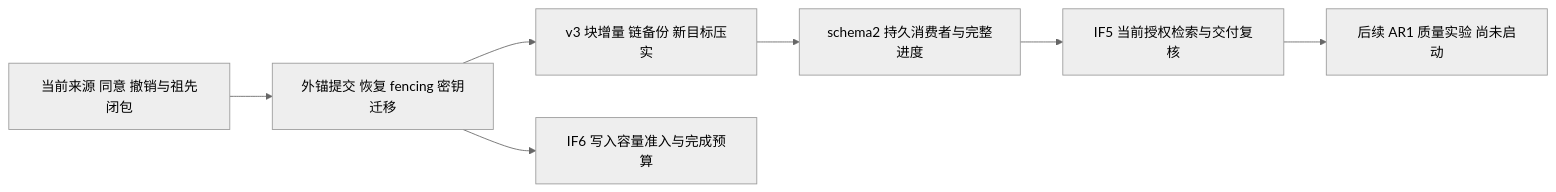
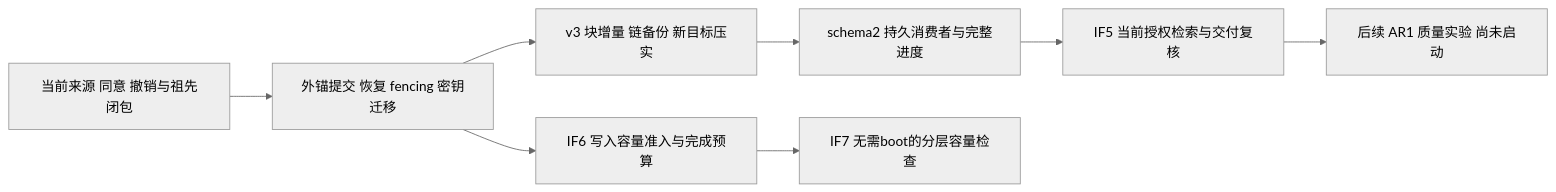
The diagram in docs/AEMC-DEVELOPMENT-STATUS.md (saigyujikingyo-png/companion-core), drawn with Mermaid (neutral theme) before and after one commit. The commit also changed other lines of this file and 11 other files, not shown here.

````diff
--- a/docs/AEMC-DEVELOPMENT-STATUS.md
+++ b/docs/AEMC-DEVELOPMENT-STATUS.md
@@ -7,9 +7,10 @@
 ```mermaid
 flowchart LR
   A[当前来源 同意 撤销与祖先闭包] --> B[外锚提交 恢复 fencing 密钥迁移]
   B --> C[v3 块增量 链备份 新目标压实]
   C --> D[schema2 持久消费者与完整进度]
   D --> E[IF5 当前授权检索与交付复核]
   B --> F[IF6 写入容量准入与完成预算]
+  F --> H[IF7 无需boot的分层容量检查]
   E --> G[后续 AR1 质量实验 尚未启动]
 ```
````
